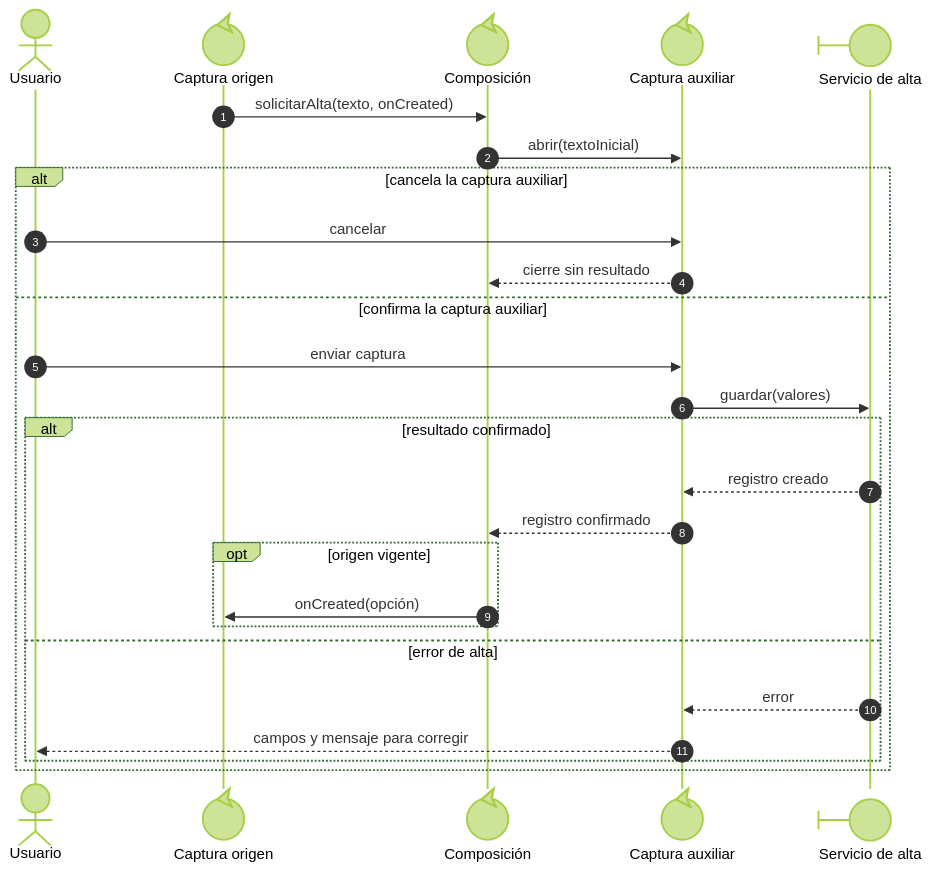
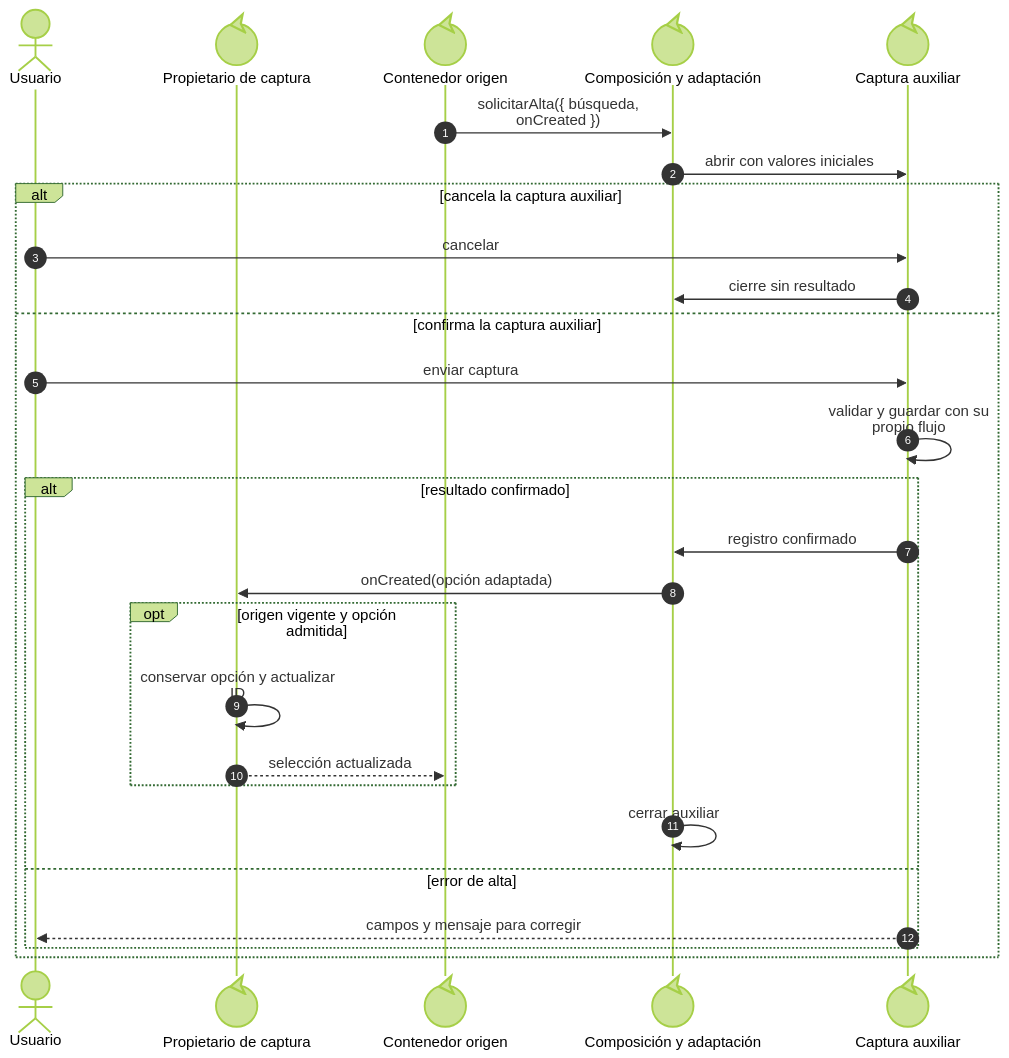
One commit to gpgsistemas01/nexus changed the first of 9 diagrams in front/docs/architecture/views/development/design-and-construction-patterns/09-contextual-creation.md. Above: the diagram before and after it, drawn with Mermaid (forest theme). The commit also changed other lines of this file and 68 other files, not shown here.

````diff
--- a/front/docs/architecture/views/development/design-and-construction-patterns/09-contextual-creation.md
+++ b/front/docs/architecture/views/development/design-and-construction-patterns/09-contextual-creation.md
@@ -15,28 +15,29 @@
 ```mermaid
 sequenceDiagram
     autonumber
     actor User as Usuario
-    participant Origin@{ "type": "control" } as Captura origen
-    participant Coordinator@{ "type": "control" } as Composición
+    participant Owner@{ "type": "control" } as Propietario de captura
+    participant Origin@{ "type": "control" } as Contenedor origen
+    participant Coordinator@{ "type": "control" } as Composición y adaptación
     participant Auxiliary@{ "type": "control" } as Captura auxiliar
-    participant Operation@{ "type": "boundary" } as Servicio de alta
-    Origin->>Coordinator: solicitarAlta(texto, onCreated)
-    Coordinator->>Auxiliary: abrir(textoInicial)
-    alt cancela la captura auxiliar
-        User->>Auxiliary: cancelar
-        Auxiliary-->>Coordinator: cierre sin resultado
-    else confirma la captura auxiliar
-        User->>Auxiliary: enviar captura
-        Auxiliary->>Operation: guardar(valores)
-        alt resultado confirmado
-            Operation-->>Auxiliary: registro creado
-            Auxiliary-->>Coordinator: registro confirmado
-            opt origen vigente
-                Coordinator->>Origin: onCreated(opción)
+    Origin->>Coordinator: nowrap: solicitarAlta({ búsqueda,<br/>onCreated })
+    Coordinator->>Auxiliary: nowrap: abrir con valores iniciales
+    alt nowrap: cancela la captura auxiliar
+        User->>Auxiliary: nowrap: cancelar
+        Auxiliary->>Coordinator: nowrap: cierre sin resultado
+    else nowrap: confirma la captura auxiliar
+        User->>Auxiliary: nowrap: enviar captura
+        Auxiliary->>Auxiliary: nowrap: validar y guardar con su<br/>propio flujo
+        alt nowrap: resultado confirmado
+            Auxiliary->>Coordinator: nowrap: registro confirmado
+            Coordinator->>Owner: nowrap: onCreated(opción adaptada)
+            opt nowrap: origen vigente y opción<br/>admitida
+                Owner->>Owner: nowrap: conservar opción y actualizar<br/>ID
+                Owner-->>Origin: nowrap: selección actualizada
             end
-        else error de alta
-            Operation-->>Auxiliary: error
-            Auxiliary-->>User: campos y mensaje para corregir
+            Coordinator->>Coordinator: nowrap: cerrar auxiliar
+        else nowrap: error de alta
+            Auxiliary-->>User: nowrap: campos y mensaje para corregir
         end
     end
 ```
````
